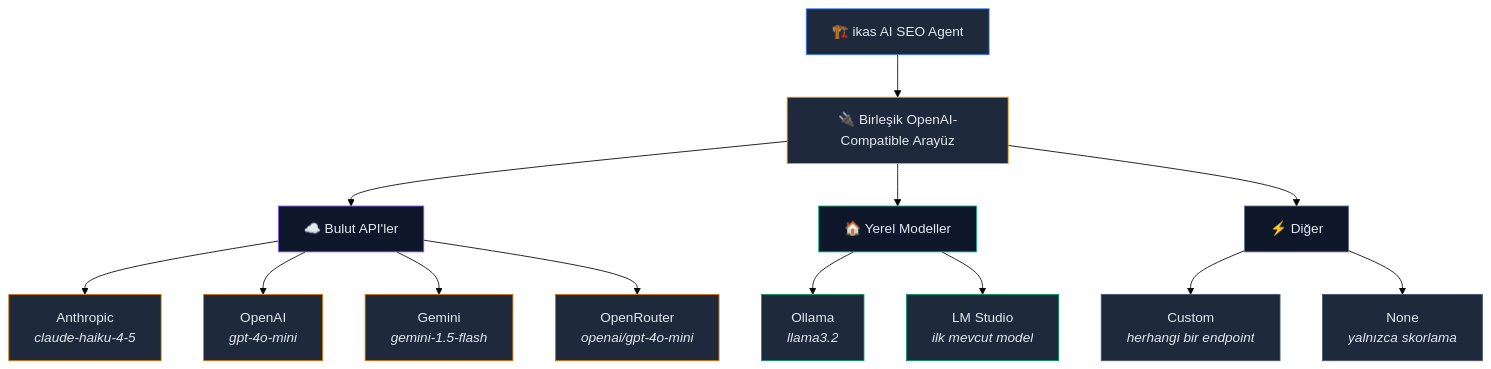
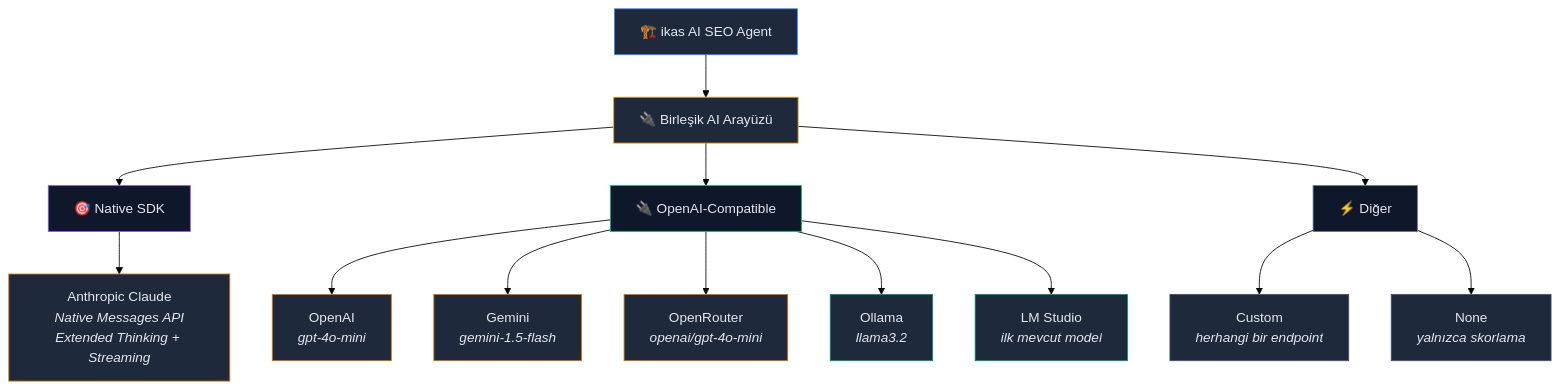
Before and after one commit to YigitKa/ikas-ai-seo-agent: the seventh of 15 diagrams in README.md, drawn with Mermaid (forest theme). The commit also changed other lines of this file and 1 other file, not shown here.

First line of the commit message:
docs: Update README.md and CLAUDE.md with full Anthropic Claude integration details

````diff
--- a/README.md
+++ b/README.md
@@ -239,33 +239,32 @@
 ```mermaid
 graph TD
-    APP["🏗️ ikas AI SEO Agent"] --> UNIFIED["🔌 Birleşik OpenAI-Compatible Arayüz"]
+    APP["🏗️ ikas AI SEO Agent"] --> UNIFIED["🔌 Birleşik AI Arayüzü"]
 
-    UNIFIED --> CLOUD["☁️ Bulut API'ler"]
-    UNIFIED --> LOCAL["🏠 Yerel Modeller"]
+    UNIFIED --> NATIVE["🎯 Native SDK"]
+    UNIFIED --> COMPAT["🔌 OpenAI-Compatible"]
     UNIFIED --> OTHER["⚡ Diğer"]
 
-    CLOUD --> C1["Anthropic<br/><i>claude-haiku-4-5</i>"]
-    CLOUD --> C2["OpenAI<br/><i>gpt-4o-mini</i>"]
-    CLOUD --> C3["Gemini<br/><i>gemini-1.5-flash</i>"]
-    CLOUD --> C4["OpenRouter<br/><i>openai/gpt-4o-mini</i>"]
-
-    LOCAL --> L1["Ollama<br/><i>llama3.2</i>"]
-    LOCAL --> L2["LM Studio<br/><i>ilk mevcut model</i>"]
+    NATIVE --> C1["Anthropic Claude<br/><i>Native Messages API<br/>Extended Thinking + Streaming</i>"]
+    COMPAT --> C2["OpenAI<br/><i>gpt-4o-mini</i>"]
+    COMPAT --> C3["Gemini<br/><i>gemini-1.5-flash</i>"]
+    COMPAT --> C4["OpenRouter<br/><i>openai/gpt-4o-mini</i>"]
+    COMPAT --> L1["Ollama<br/><i>llama3.2</i>"]
+    COMPAT --> L2["LM Studio<br/><i>ilk mevcut model</i>"]
 
     OTHER --> O1["Custom<br/><i>herhangi bir endpoint</i>"]
     OTHER --> O2["None<br/><i>yalnızca skorlama</i>"]
 
     style APP fill:#1e293b,stroke:#3b82f6,color:#e2e8f0
     style UNIFIED fill:#1e293b,stroke:#f59e0b,color:#e2e8f0
-    style CLOUD fill:#0f172a,stroke:#8b5cf6,color:#e2e8f0
-    style LOCAL fill:#0f172a,stroke:#10b981,color:#e2e8f0
+    style NATIVE fill:#0f172a,stroke:#8b5cf6,color:#e2e8f0
+    style COMPAT fill:#0f172a,stroke:#10b981,color:#e2e8f0
     style OTHER fill:#0f172a,stroke:#64748b,color:#e2e8f0
     style C1 fill:#1e293b,stroke:#d97706,color:#e2e8f0
     style C2 fill:#1e293b,stroke:#d97706,color:#e2e8f0
     style C3 fill:#1e293b,stroke:#d97706,color:#e2e8f0
     style C4 fill:#1e293b,stroke:#d97706,color:#e2e8f0
     style L1 fill:#1e293b,stroke:#059669,color:#e2e8f0
     style L2 fill:#1e293b,stroke:#059669,color:#e2e8f0
     style O1 fill:#1e293b,stroke:#475569,color:#e2e8f0
     style O2 fill:#1e293b,stroke:#475569,color:#e2e8f0
 ```
````
